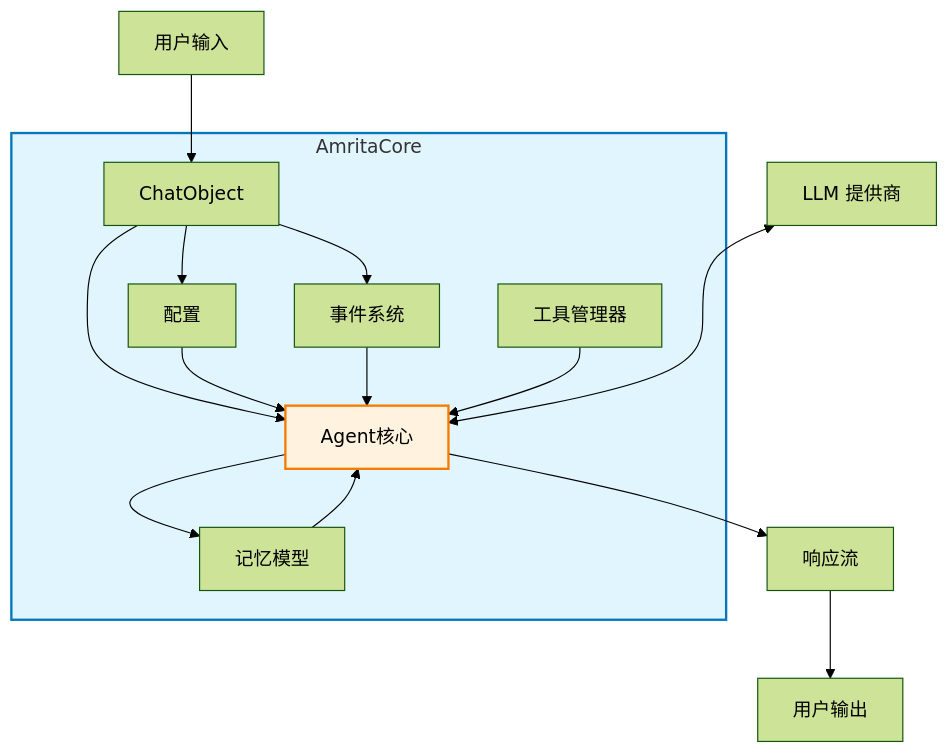
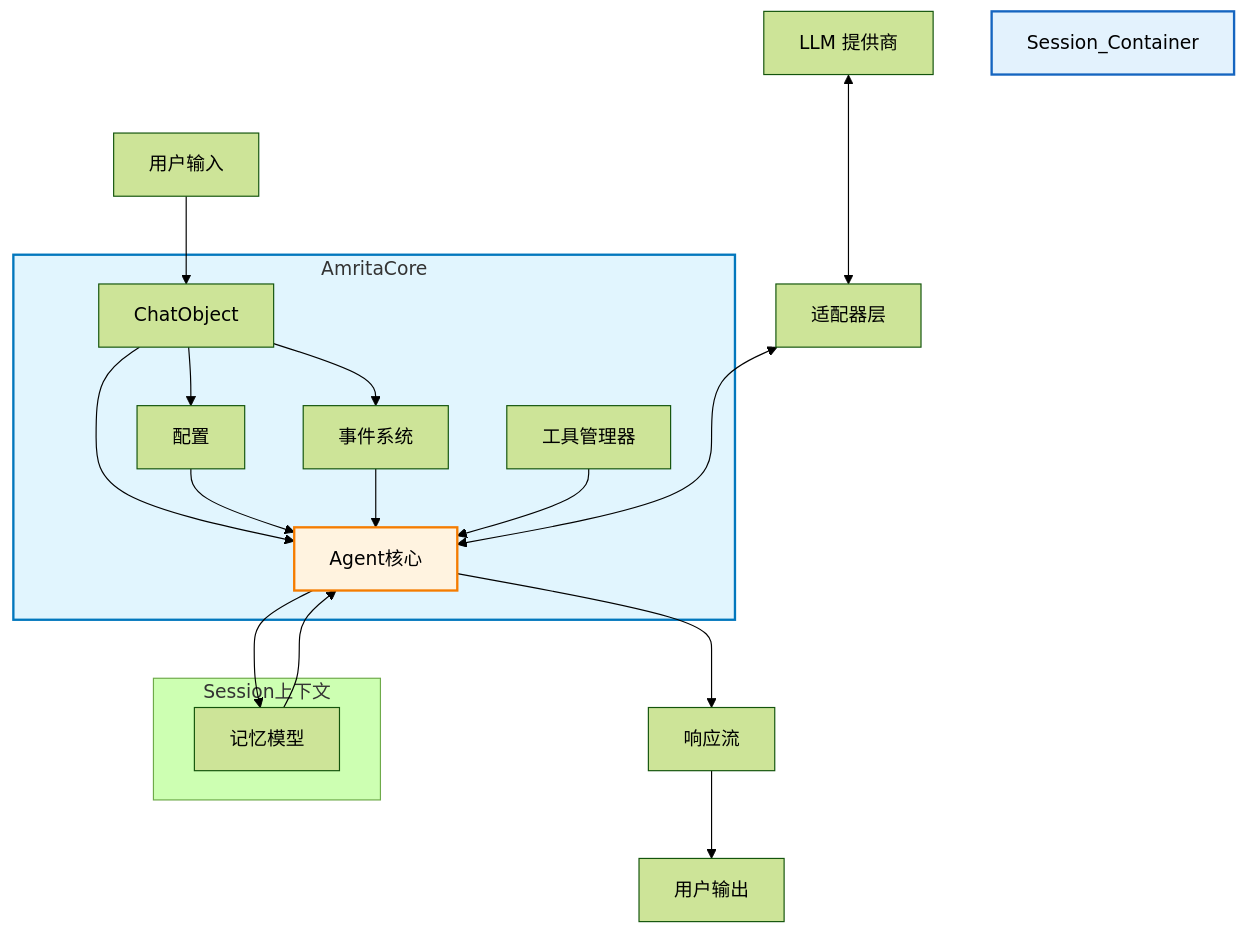
The first of 3 diagrams in docs/zh/guide/getting-started/architecture.md (AmritaBot/AmritaCore), drawn with Mermaid (forest theme) before and after one commit. The commit also changed other lines of this file and 6 other files, not shown here.

````diff
--- a/docs/zh/guide/getting-started/architecture.md
+++ b/docs/zh/guide/getting-started/architecture.md
@@ -7,29 +7,34 @@
 ```mermaid
 graph TB
     subgraph "AmritaCore"
         A[ChatObject]
         B[配置]
         C[事件系统]
         D[工具管理器]
+        F[Agent核心]
+    end
+
+    subgraph "Session上下文"
         E[记忆模型]
-        F[Agent核心]
     end
 
     用户输入 --> A
     A --> B
     A --> C
     A --> F
     B --> F
     C --> F
     D --> F
     E --> F
     F --> 响应流[响应流]
 
     响应流 --> 用户输出
     F --> E
 
-    LLM[LLM 提供商] <---> F
+    LLM[LLM 提供商] <---> 适配器[适配器层]
+    适配器 <---> F
 
     style AmritaCore fill:#e1f5fe,stroke:#0277bd,stroke-width:2px
     style F fill:#fff3e0,stroke:#f57c00,stroke-width:2px
+    style Session_Container fill:#e3f2fd,stroke:#1565c0,stroke-width:2px
 ```
````
